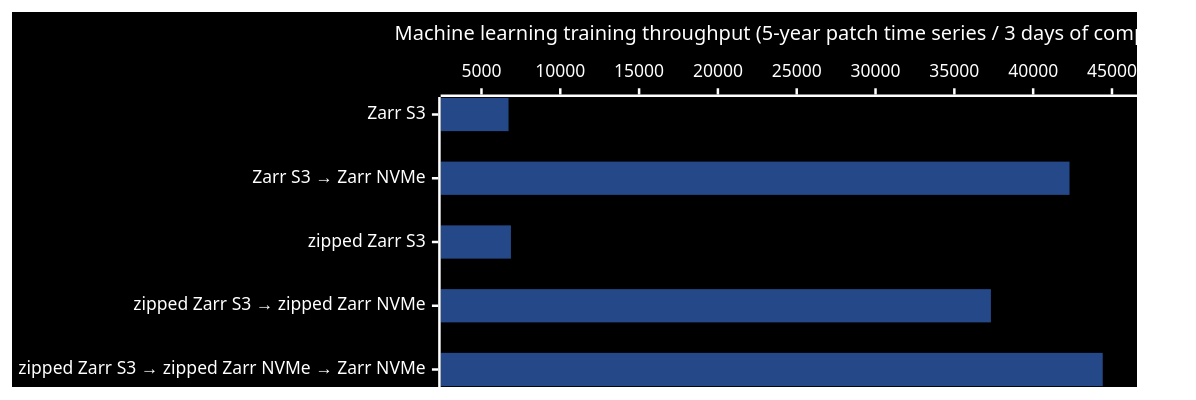
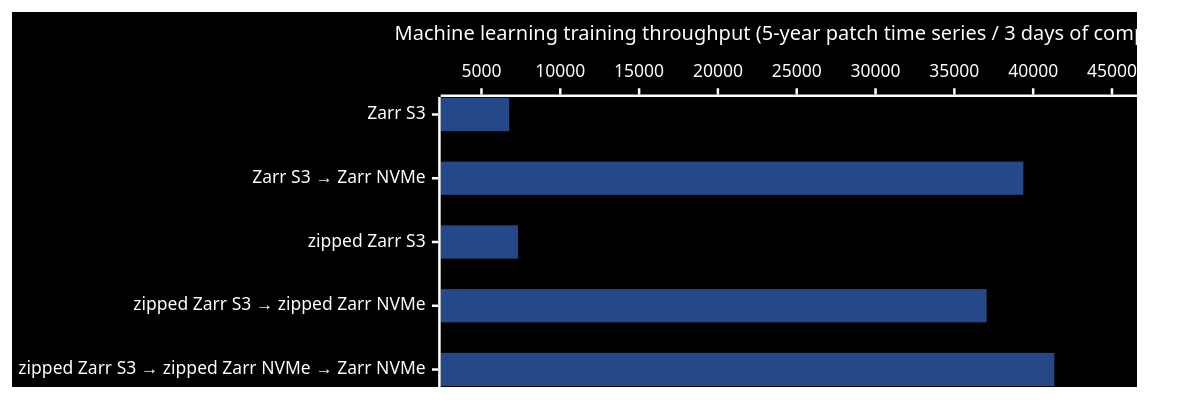
Before and after one commit to hamk-uas/datacube-storage-lab: the third of 8 diagrams in README.md, drawn with Mermaid. The commit also changed other lines of this file, not shown here.

````diff
--- a/README.md
+++ b/README.md
@@ -495,26 +495,26 @@
 ```mermaid
 ---
 config:
     xyChart:
         width: 900
         height: 300
     themeVariables:
         xyChart:
             backgroundColor: "#000"
             titleColor: "#fff"
             xAxisLabelColor: "#fff"
             xAxisTitleColor: "#fff"
             xAxisTickColor: "#fff"
             xAxisLineColor: "#fff"
             yAxisLabelColor: "#fff"
             yAxisTitleColor: "#fff"
             yAxisTickColor: "#fff"
             yAxisLineColor: "#fff"
             plotColorPalette: "#48f8, #000"
 ---
 xychart-beta horizontal
     x-axis ["Zarr S3", "Zarr S3 → Zarr NVMe", "zipped Zarr S3", "zipped Zarr S3 → zipped Zarr NVMe", "zipped Zarr S3 → zipped Zarr NVMe → Zarr NVMe"]
     y-axis "Machine learning training throughput (5-year patch time series / 3 days of compute)" 4000 --> 45000
-    bar [6718.3292243095, 42306.7540825549, 6869.8010595012, 37319.6290235888, 44413.9870445213]
+    bar [6758.1579208241, 39378.9060052304, 7322.6316946076, 37045.2145583096, 41340.3074537667]
     bar [0, 0, 0, 0, 0, 0]
 ```
````
